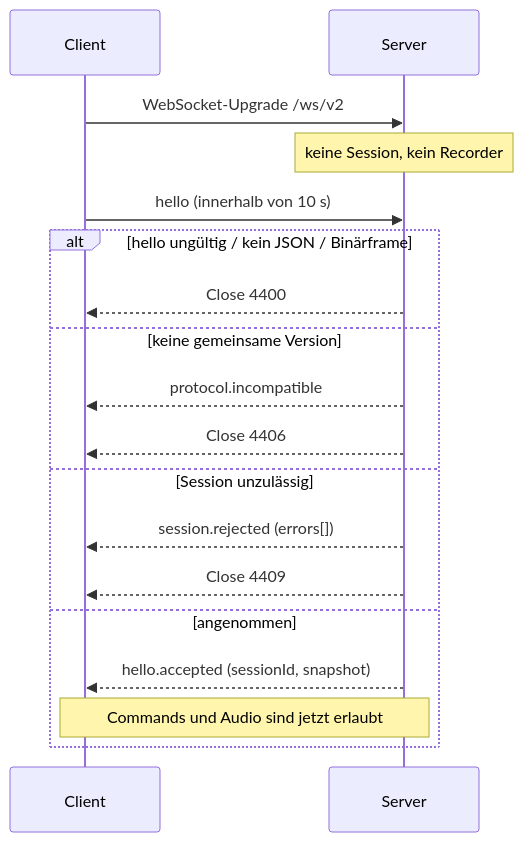
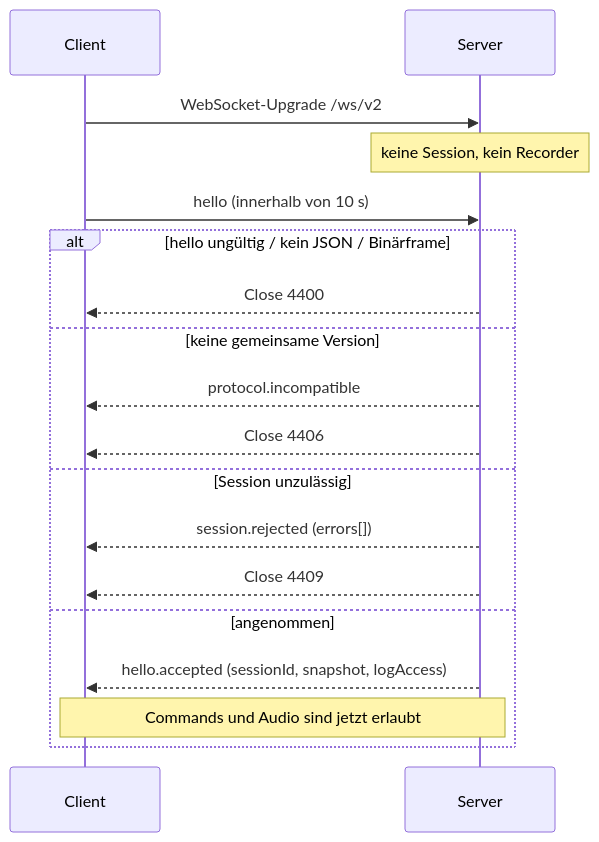
Before and after one commit to marcosudau-vps/voice-stt-server: the diagram in docs/client-development/02-websocket-protokoll.md, drawn with Mermaid. The commit also changed other lines of this file and 23 other files, not shown here.

Commit message:
feat(protocol-v2): restore realtime text and session log access

````diff
--- a/docs/client-development/02-websocket-protokoll.md
+++ b/docs/client-development/02-websocket-protokoll.md
@@ -36,20 +36,20 @@
 ```mermaid
 sequenceDiagram
     participant C as Client
     participant S as Server
     C->>S: WebSocket-Upgrade /ws/v2
     Note over S: keine Session, kein Recorder
     C->>S: hello (innerhalb von 10 s)
     alt hello ungültig / kein JSON / Binärframe
         S-->>C: Close 4400
     else keine gemeinsame Version
         S-->>C: protocol.incompatible
         S-->>C: Close 4406
     else Session unzulässig
         S-->>C: session.rejected (errors[])
         S-->>C: Close 4409
     else angenommen
-        S-->>C: hello.accepted (sessionId, snapshot)
+        S-->>C: hello.accepted (sessionId, snapshot, logAccess)
         Note over C,S: Commands und Audio sind jetzt erlaubt
     end
 ```
````
